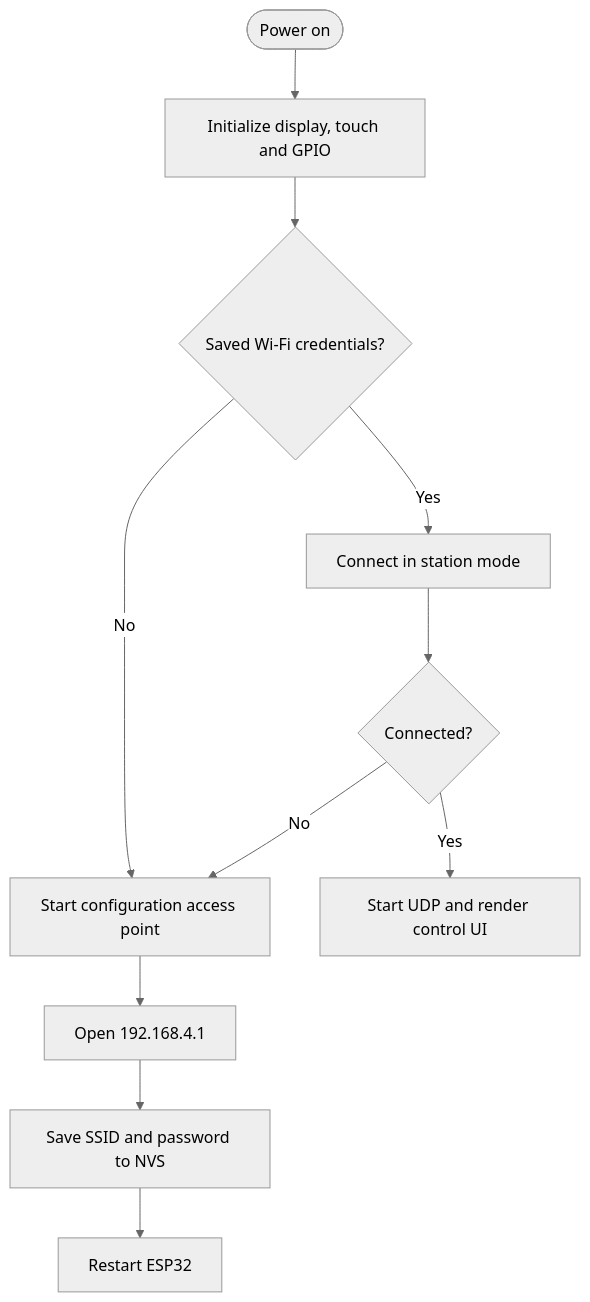
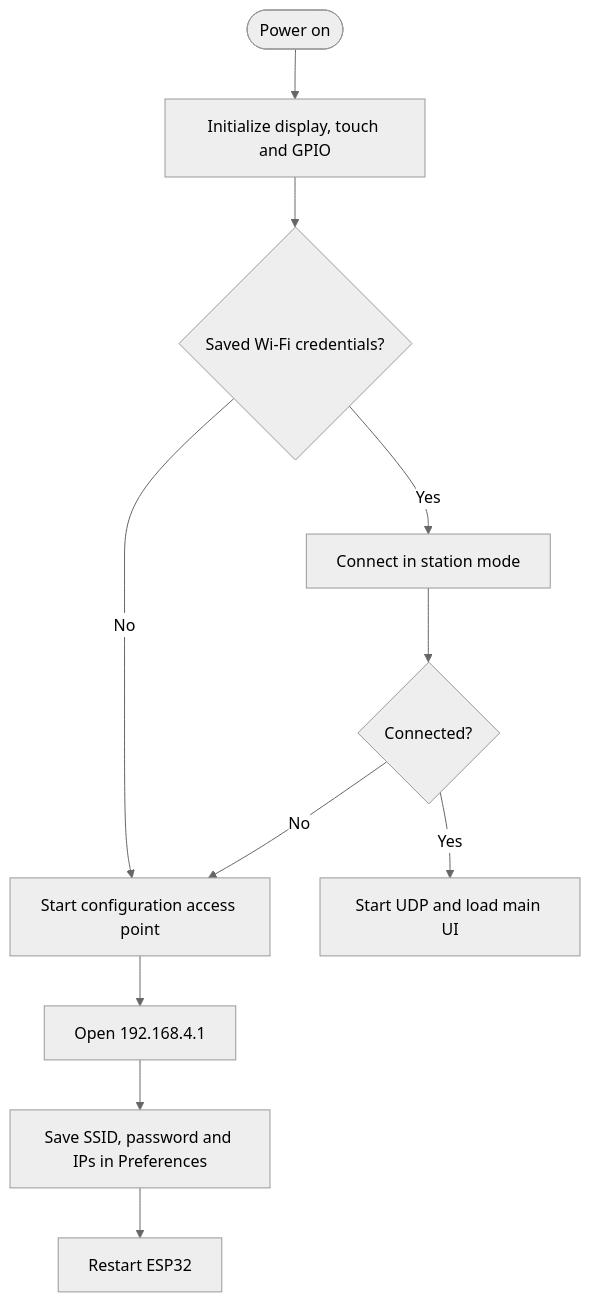
The third of 3 diagrams in README.md (paulocfmarques-collab/esp32_central), drawn with Mermaid (neutral theme) before and after one commit. The commit also changed other lines of this file, not shown here.

````diff
--- a/README.md
+++ b/README.md
@@ -69,13 +76,13 @@
 ```mermaid
 flowchart TD
     Start([Power on]) --> Init[Initialize display, touch and GPIO]
-    Init --> Credentials{Saved Wi-Fi credentials?}
+    Init --> Credentials{Saved Wi‑Fi credentials?}
     Credentials -- Yes --> Connect[Connect in station mode]
     Credentials -- No --> Portal[Start configuration access point]
     Connect --> Connected{Connected?}
-    Connected -- Yes --> Ready[Start UDP and render control UI]
+    Connected -- Yes --> Ready[Start UDP and load main UI]
     Connected -- No --> Portal
     Portal --> Configure[Open 192.168.4.1]
-    Configure --> Save[Save SSID and password to NVS]
+    Configure --> Save[Save SSID, password and IPs in Preferences]
     Save --> Restart[Restart ESP32]
 ```
````
